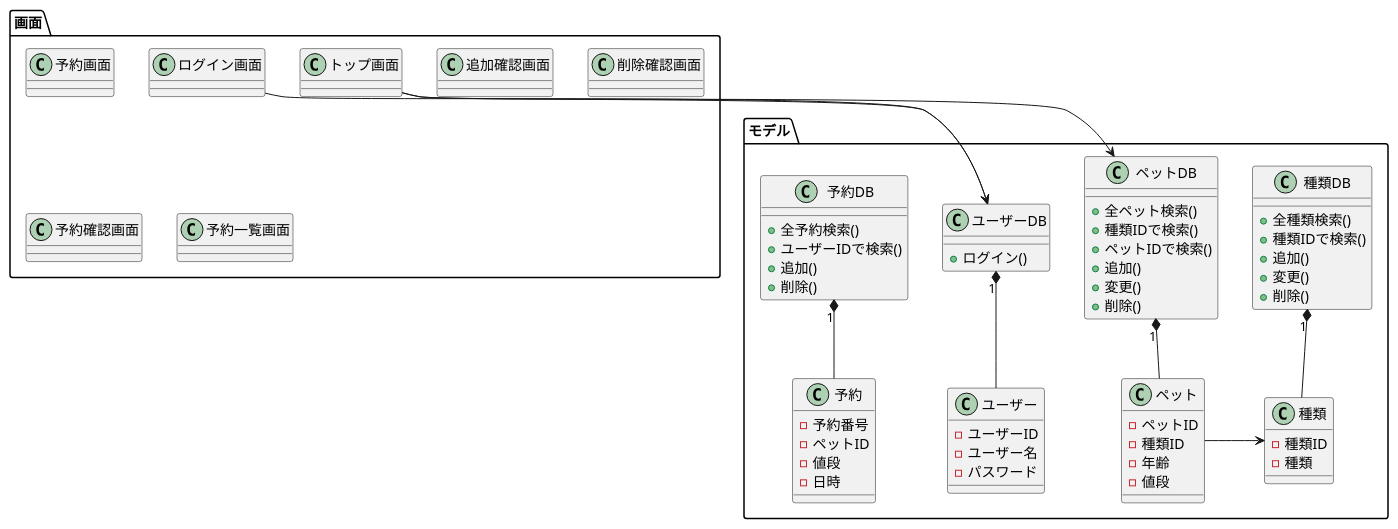
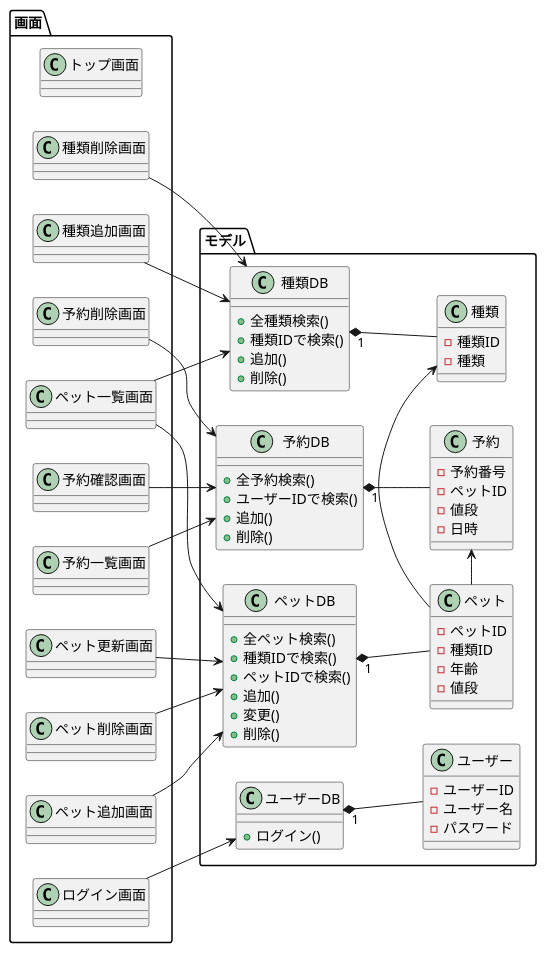
Before and after one commit to Tyamanaka07/WebSystem: the diagram in UML/class.pu, drawn with PlantUML.

Commit message:
クラス図（仮）

```diff
--- a/UML/class.pu
+++ b/UML/class.pu
@@ -1,79 +1,92 @@
 @startuml
+left to right direction
 
 package モデル{
 class ペット{
 	-ペットID
 	-種類ID
 	-年齢
 	-値段
 }
 
 class 種類{
 	-種類ID
 	-種類
 }
 
 class ユーザー{
 	-ユーザーID
 	-ユーザー名
 	-パスワード
 }
 
 class 予約{
 	-予約番号
 	-ペットID
 	-値段
 	-日時
 }
 
 class ペットDB{
 	+全ペット検索()
 	+種類IDで検索()
 	+ペットIDで検索()
 	+追加()
 	+変更()
 	+削除()
 }
 
 class 種類DB{
 	+全種類検索()
 	+種類IDで検索()
 	+追加()
-	+変更()
 	+削除()
 }
 
 class ユーザーDB{
 	+ログイン()
 }
 
 class 予約DB{
 	+全予約検索()
 	+ユーザーIDで検索()
 	+追加()
 	+削除()
 }
 }
 
 package 画面{
 class トップ画面
+class ペット一覧画面
 class ログイン画面
-class 予約画面
-class 追加確認画面
-class 削除確認画面
+class ペット追加画面
+class ペット更新画面
+class ペット削除画面
+class 種類追加画面
+class 種類削除画面
 class 予約確認画面
 class 予約一覧画面
+class 予約削除画面
+
 }
 
 ペットDB "1" *-- ペット
 種類DB "1" *-- 種類
 ユーザーDB "1" *-- ユーザー
 予約DB "1" *-- 予約
 ペット -> 種類
+ペット -> 予約
 
-トップ画面-->ユーザーDB
-トップ画面-->ペットDB
+ペット一覧画面-->種類DB
+ペット一覧画面-->ペットDB
 ログイン画面-->ユーザーDB
-
+ペット追加画面-->ペットDB
+ペット更新画面-->ペットDB
+種類追加画面-->種類DB
+種類削除画面-->種類DB
+ペット削除画面-->ペットDB
+予約確認画面-->予約DB
+予約一覧画面-->予約DB
+予約削除画面-->予約DB
 
 @enduml
```
